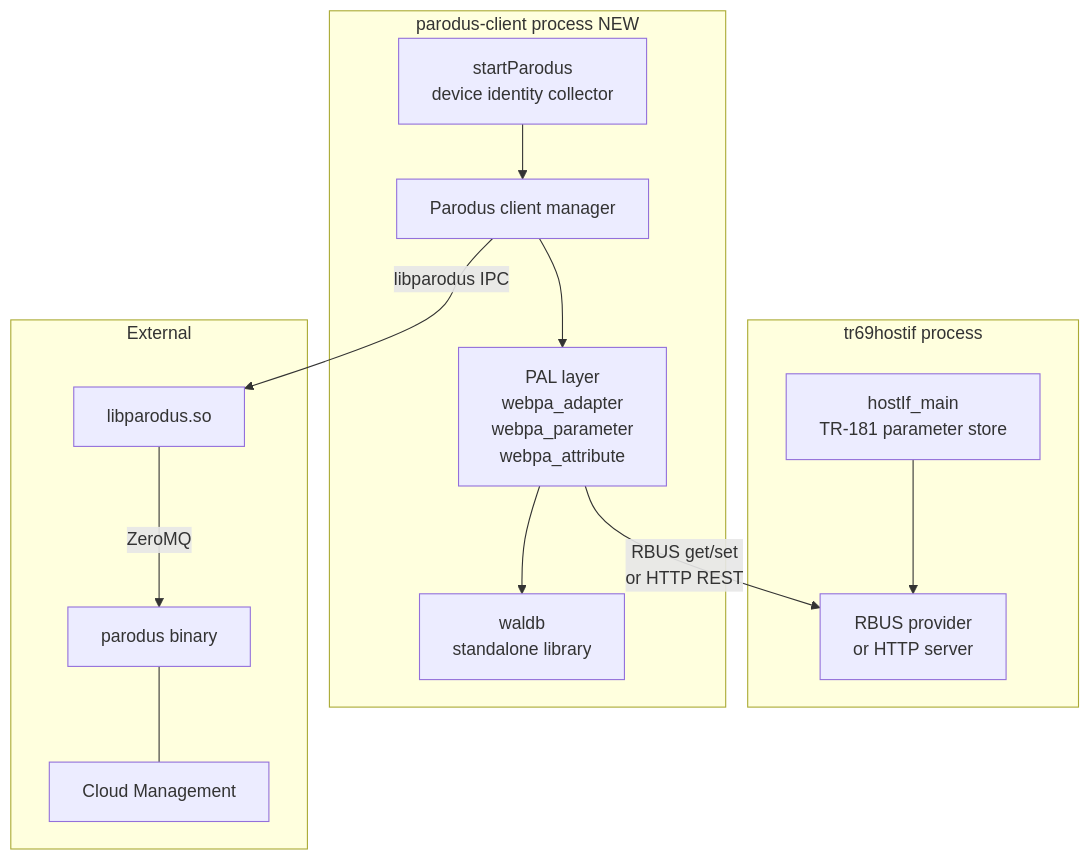
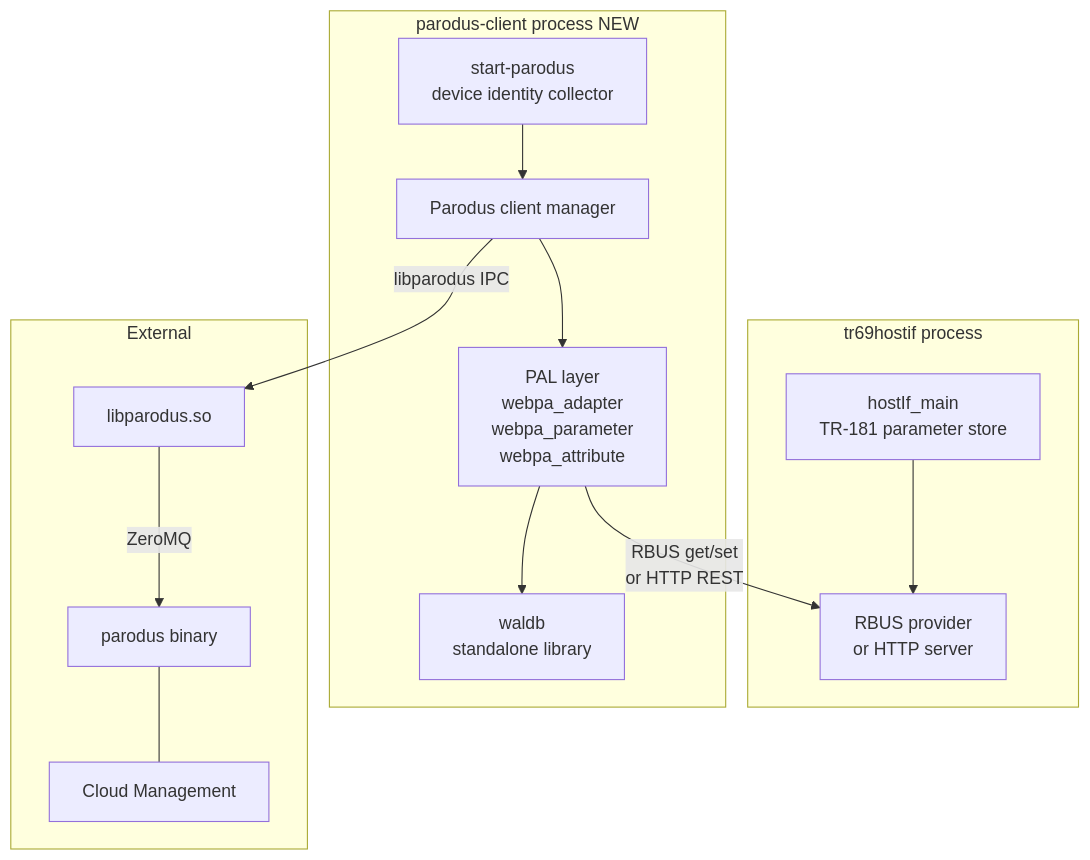
Before and after one commit to rdkcentral/tr69hostif: the sixth of 7 diagrams in src/hostif/parodusClient/docs/parodus-module-analysis.md, drawn with Mermaid. The commit also changed other lines of this file and 17 other files, not shown here.

````diff
--- a/src/hostif/parodusClient/docs/parodus-module-analysis.md
+++ b/src/hostif/parodusClient/docs/parodus-module-analysis.md
@@ -299,30 +299,30 @@
 ```mermaid
 flowchart TB
     subgraph tr69hostif process
         MAIN[hostIf_main\nTR-181 parameter store]
         RBUS[RBUS provider\nor HTTP server]
         MAIN --> RBUS
     end
 
     subgraph parodus-client process NEW
         PARODUSMGR[Parodus client manager]
         WALDB_STANDALONE[waldb\nstandalone library]
         PAL_STANDALONE[PAL layer\nwebpa_adapter\nwebpa_parameter\nwebpa_attribute]
-        START_P[startParodus\ndevice identity collector]
+        START_P[start-parodus\ndevice identity collector]
 
         PARODUSMGR --> PAL_STANDALONE
         PAL_STANDALONE --> WALDB_STANDALONE
         START_P --> PARODUSMGR
     end
 
     subgraph External
         LIBPARODUS[libparodus.so]
         PARODUS_DAEMON[parodus binary]
         CLOUD[Cloud Management]
     end
 
     PAL_STANDALONE -->|RBUS get/set\nor HTTP REST| RBUS
     PARODUSMGR -->|libparodus IPC| LIBPARODUS
     LIBPARODUS -->|ZeroMQ| PARODUS_DAEMON
     PARODUS_DAEMON --- CLOUD
 ```
````
